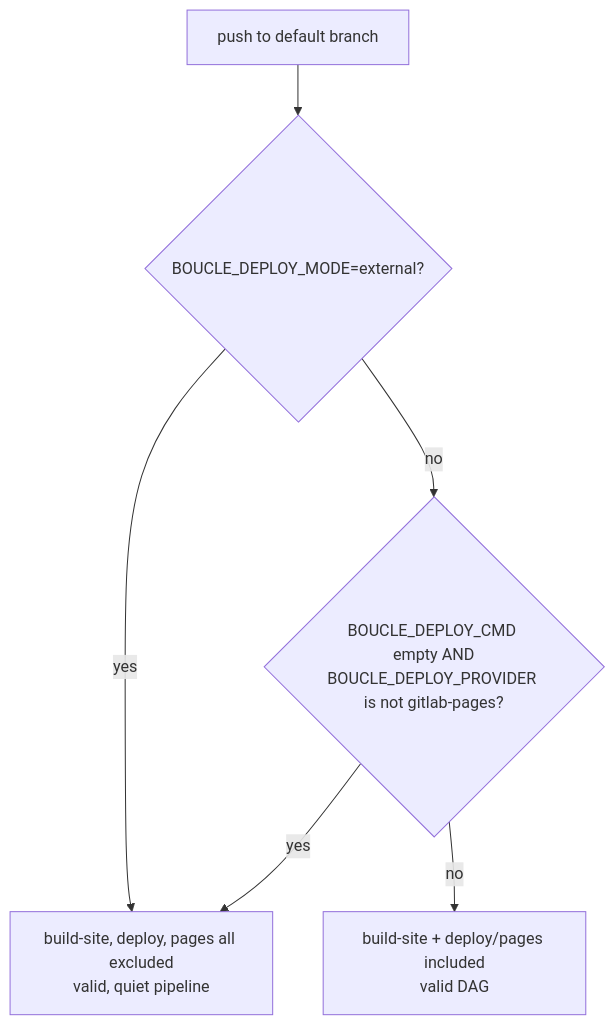
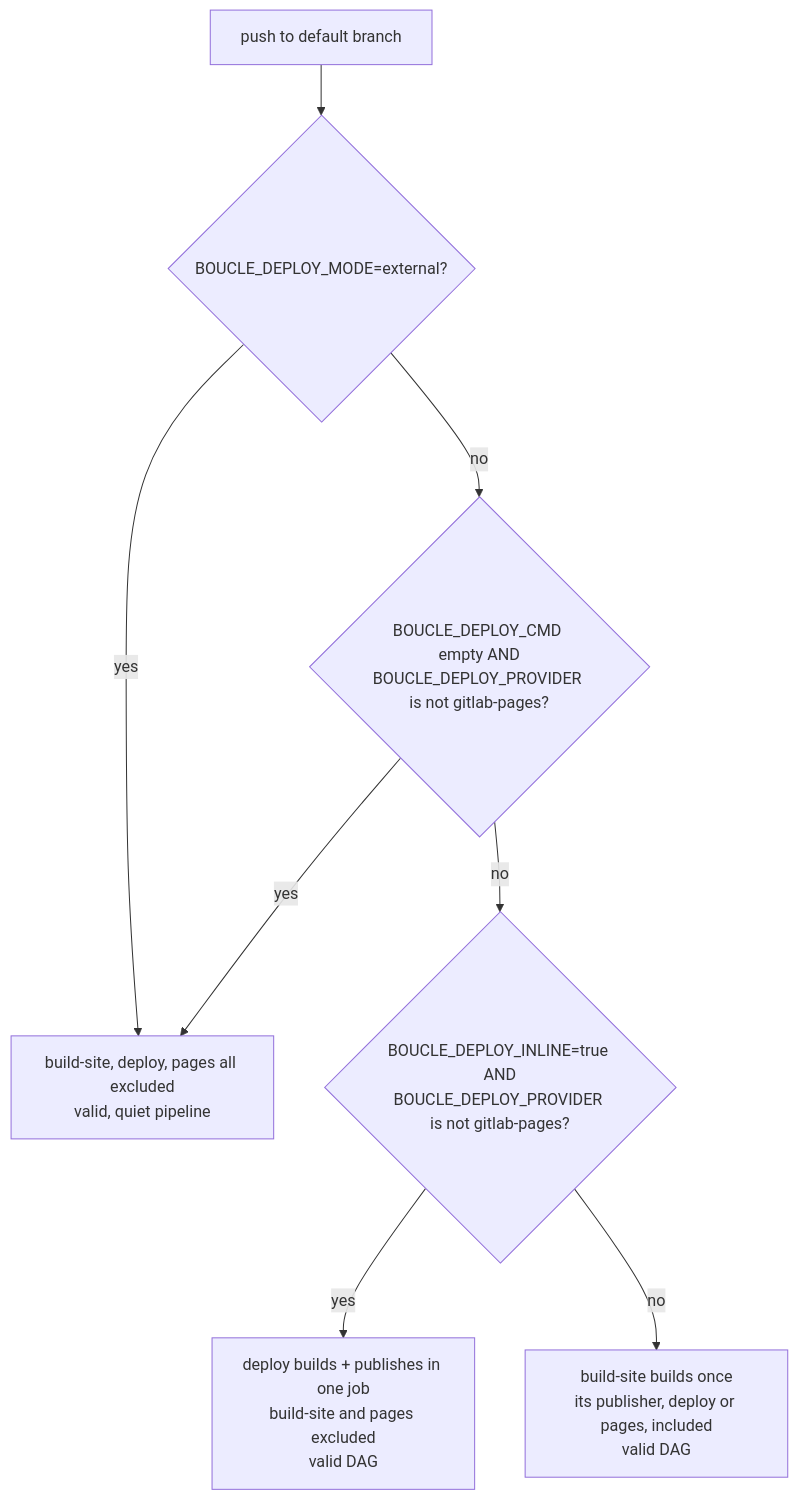
The first of 6 diagrams in LOOP.md (ankaboot-source/boucle), drawn with Mermaid before and after one commit. The commit also changed other lines of this file and 7 other files, not shown here.

Commit message:
feat(ci): add opt-in inline deploy that skips the build-site artifact

````diff
--- a/LOOP.md
+++ b/LOOP.md
@@ -228,8 +256,10 @@
 ```mermaid
 flowchart TD
     P[push to default branch] --> E{BOUCLE_DEPLOY_MODE=external?}
     E -- yes --> N[build-site, deploy, pages all excluded<br/>valid, quiet pipeline]
     E -- no --> Q{BOUCLE_DEPLOY_CMD empty AND<br/>BOUCLE_DEPLOY_PROVIDER is not gitlab-pages?}
     Q -- yes --> N
-    Q -- no --> R[build-site + deploy/pages included<br/>valid DAG]
+    Q -- no --> I{BOUCLE_DEPLOY_INLINE=true AND<br/>BOUCLE_DEPLOY_PROVIDER is not gitlab-pages?}
+    I -- yes --> D[deploy builds + publishes in one job<br/>build-site and pages excluded<br/>valid DAG]
+    I -- no --> R[build-site builds once<br/>its publisher, deploy or pages, included<br/>valid DAG]
 ```
````
